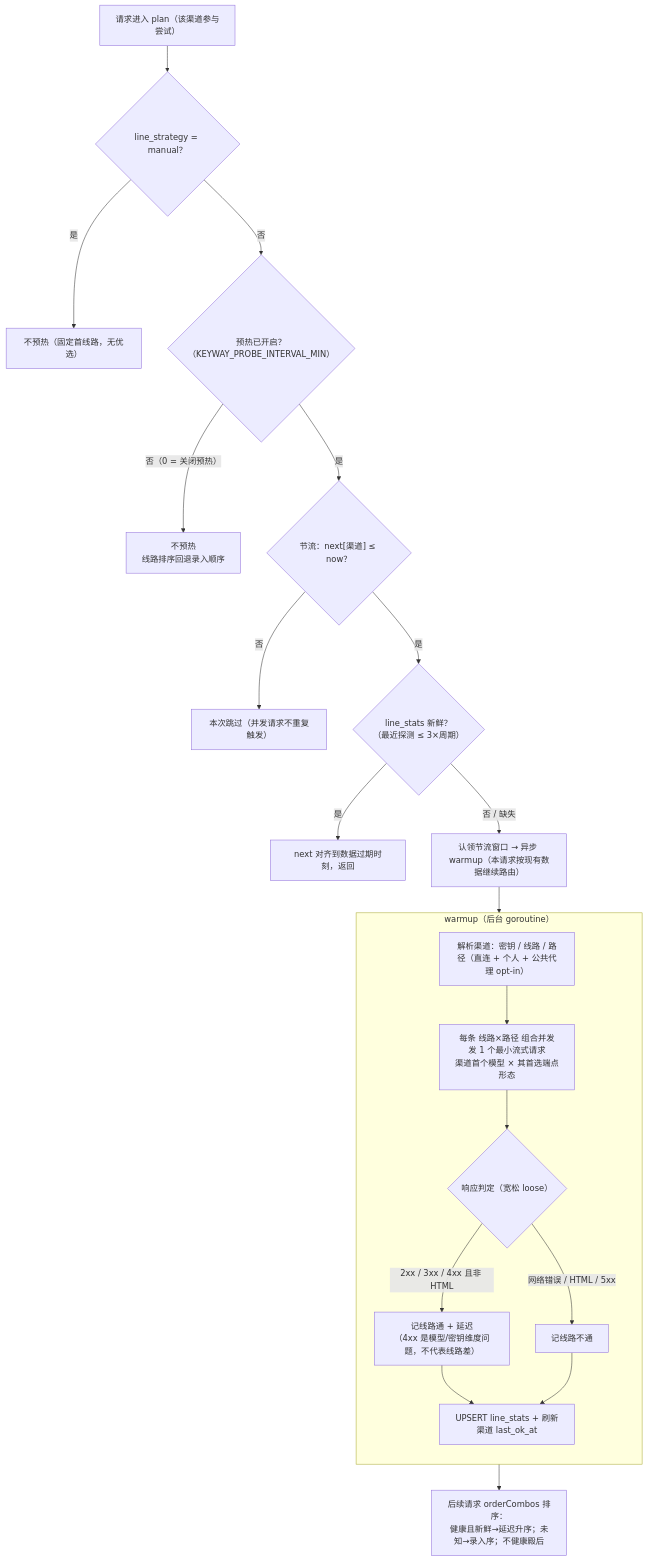
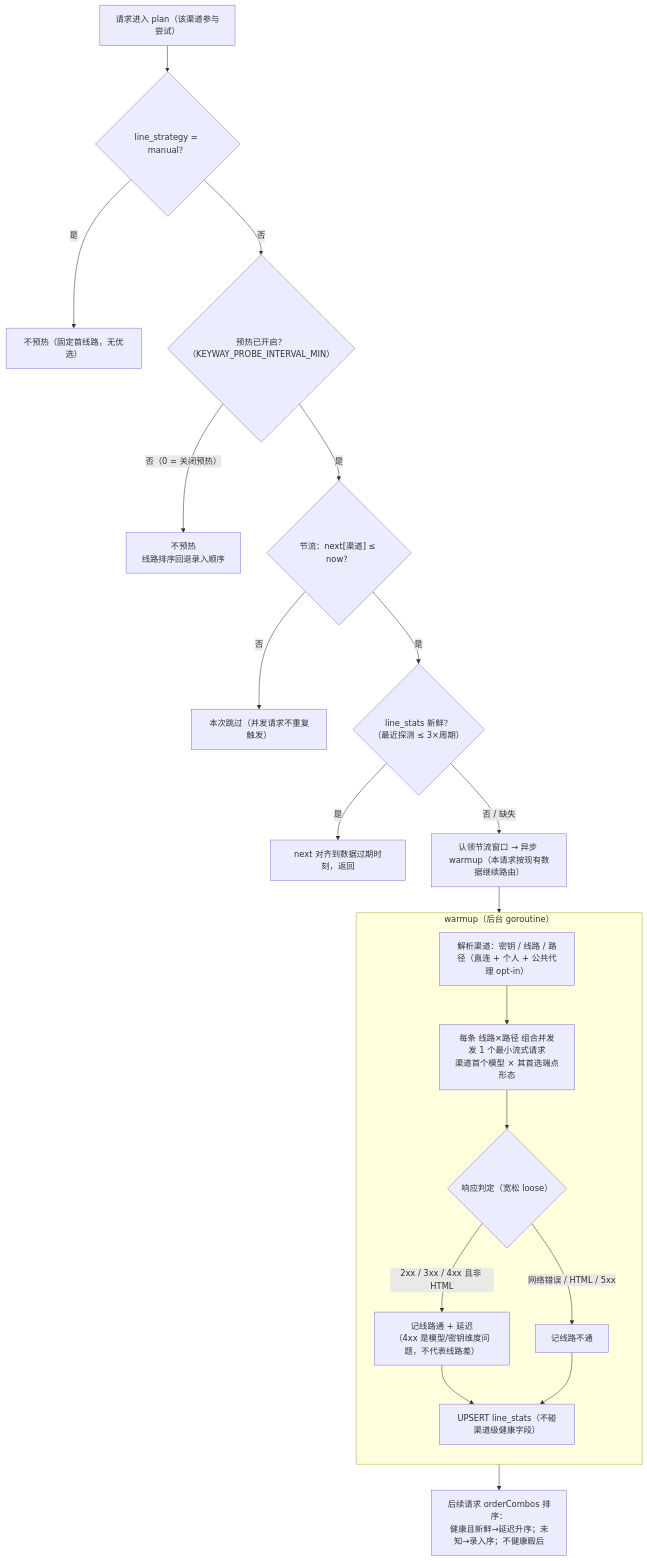
One commit to jettqian/keyway changed the fifth of 5 diagrams in docs/DESIGN.md. Above: the diagram before and after it, drawn with Mermaid. The commit also changed other lines of this file and 8 other files, not shown here.

````diff
--- a/docs/DESIGN.md
+++ b/docs/DESIGN.md
@@ -692,26 +713,26 @@
 ```mermaid
 flowchart TD
     REQ["请求进入 plan（该渠道参与尝试）"] --> W0{"line_strategy = manual？"}
     W0 -->|"是"| NW1["不预热（固定首线路，无优选）"]
     W0 -->|"否"| W1{"预热已开启？<br/>（KEYWAY_PROBE_INTERVAL_MIN）"}
     W1 -->|"否（0 = 关闭预热）"| NW2["不预热<br/>线路排序回退录入顺序"]
     W1 -->|"是"| W2{"节流：next[渠道] ≤ now？"}
     W2 -->|"否"| SK["本次跳过（并发请求不重复触发）"]
     W2 -->|"是"| W3{"line_stats 新鲜？<br/>（最近探测 ≤ 3×周期）"}
     W3 -->|"是"| W4["next 对齐到数据过期时刻，返回"]
     W3 -->|"否 / 缺失"| W5["认领节流窗口 → 异步 warmup（本请求按现有数据继续路由）"]
 
     subgraph WARM_SG["warmup（后台 goroutine）"]
         direction TB
         A1["解析渠道：密钥 / 线路 / 路径（直连 + 个人 + 公共代理 opt-in）"]
         A2["每条 线路×路径 组合并发发 1 个最小流式请求<br/>渠道首个模型 × 其首选端点形态"]
         A3{"响应判定（宽松 loose）"}
         A3 -->|"2xx / 3xx / 4xx 且非 HTML"| A4["记线路通 + 延迟<br/>（4xx 是模型/密钥维度问题，不代表线路差）"]
         A3 -->|"网络错误 / HTML / 5xx"| A5["记线路不通"]
-        A4 --> A6["UPSERT line_stats + 刷新渠道 last_ok_at"]
+        A4 --> A6["UPSERT line_stats（不碰渠道级健康字段）"]
         A5 --> A6
         A1 --> A2 --> A3
     end
     W5 --> WARM_SG
     WARM_SG --> ORD["后续请求 orderCombos 排序：<br/>健康且新鲜→延迟升序；未知→录入序；不健康殿后"]
 ```
````
